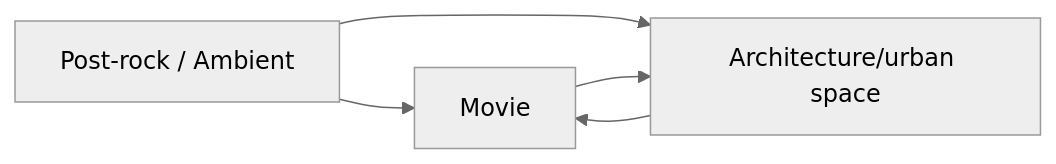
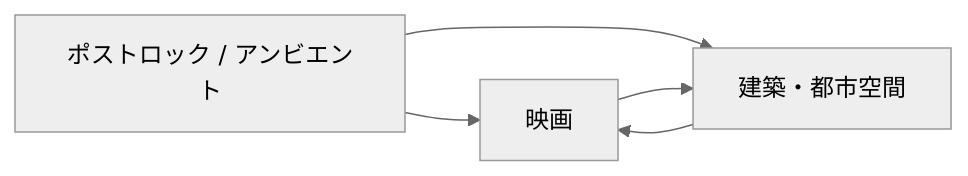
The diagram in en/_posts/2025-09-19-Column-Post-Rock-Ambient-Movie-Architecture.md (monumental-movement/monumental-movement.github.io), drawn with Mermaid (neutral theme) before and after one commit. The commit also changed 211 other files, not shown here.

```diff
--- a/en/_posts/2025-09-19-Column-Post-Rock-Ambient-Movie-Architecture.md
+++ b/en/_posts/2025-09-19-Column-Post-Rock-Ambient-Movie-Architecture.md
@@ -79,12 +79,12 @@
 <div class="mermaid">
 flowchart LR
-Music["Post-rock / Ambient"]
-Film["Movie"]
-Architecture["Architecture/urban space"]
+    Music["ポストロック / アンビエント"]
+    Film["映画"]
+    Architecture["建築・都市空間"]
 
-Music --> Film
-Music --> Architecture
-Film --> Architecture
-Architecture --> Film
+    Music --> Film
+    Music --> Architecture
+    Film --> Architecture
+    Architecture --> Film
 
 </div>
```
